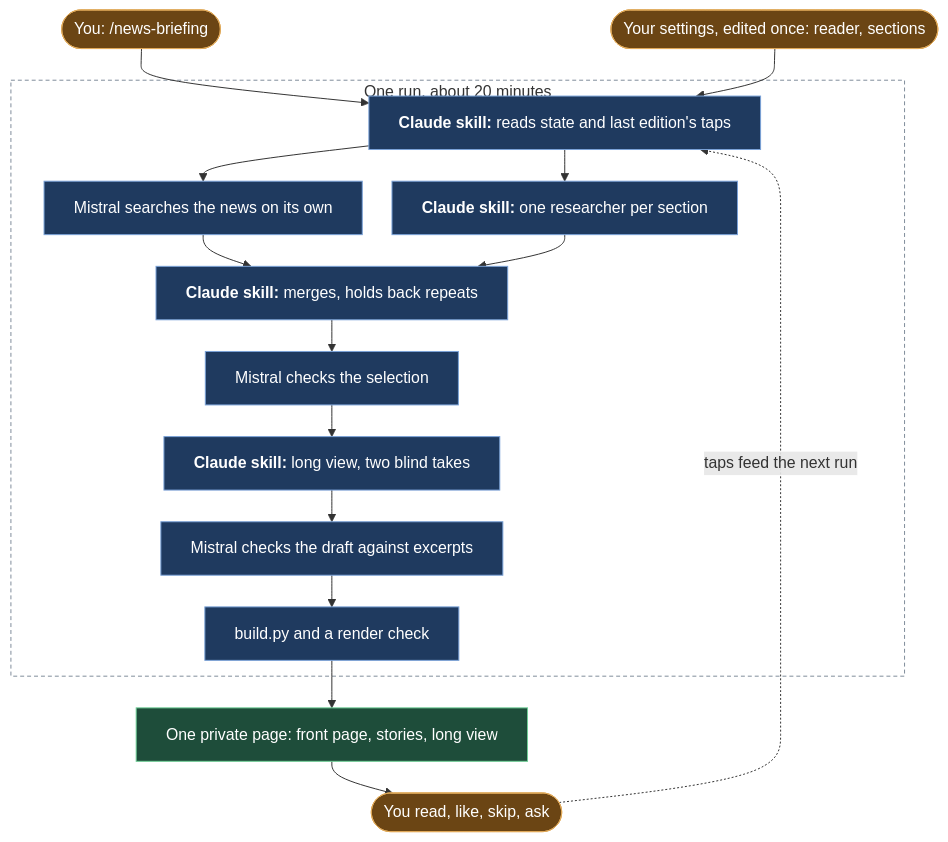
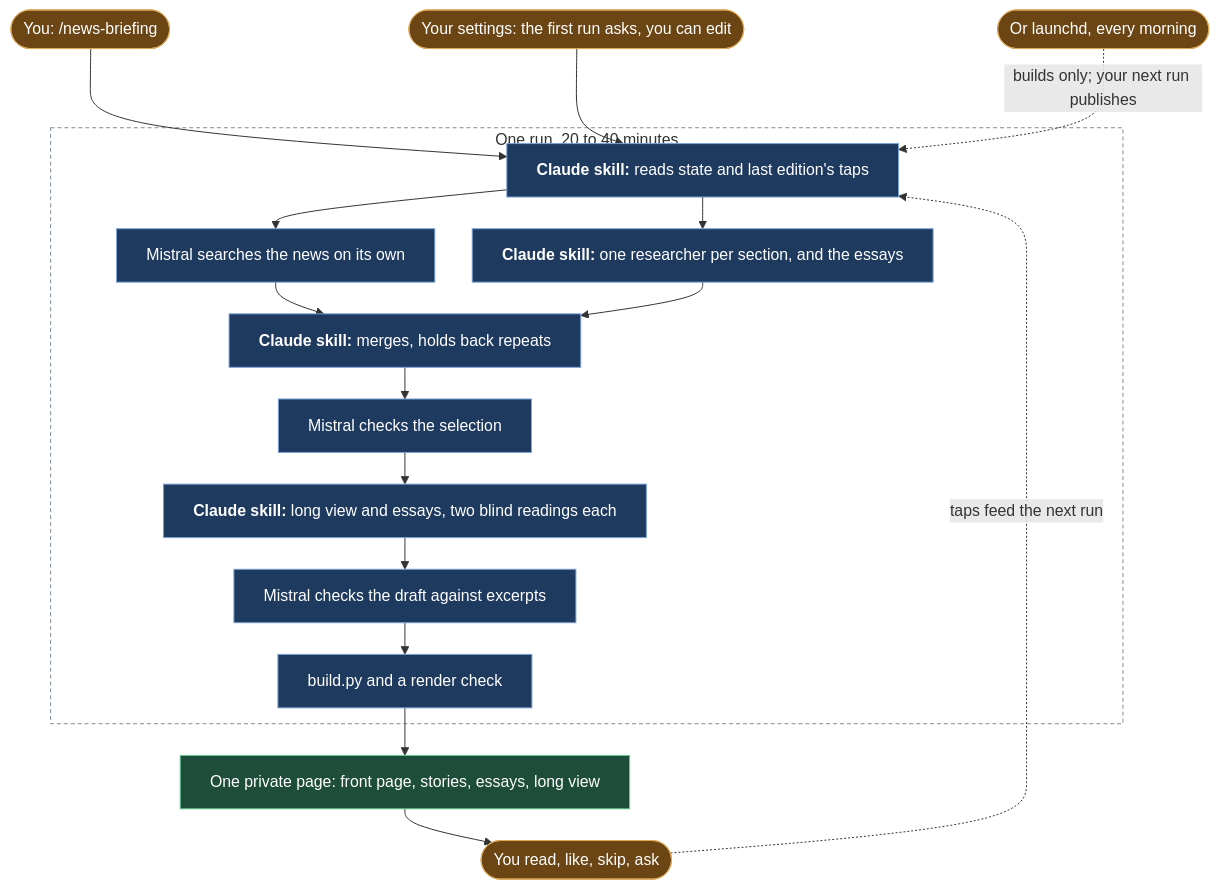
The diagram in README.md (nunomnferreirapt/news-briefing-skill), drawn with Mermaid before and after one commit. The commit also changed other lines of this file and 27 other files, not shown here.

Commit message:
Catch up with the private briefing for a first-time Mac user: setup on first run, Worth reading, optional job search, nightly launchd run that builds and a publish step, any second model through second.sh, so-what first and an image on every story

````diff
--- a/README.md
+++ b/README.md
@@ -17,28 +18,30 @@
 ```mermaid
 %%{init: {"flowchart": {"wrappingWidth": 600, "nodeSpacing": 30, "rankSpacing": 32}}}%%
 flowchart TB
     Q(["You: /news-briefing"]):::human
-    S(["Your settings, edited once: reader, sections"]):::human
-    subgraph RUN["One run, about 20 minutes"]
+    S(["Your settings: the first run asks, you can edit"]):::human
+    N(["Or launchd, every morning"]):::human
+    subgraph RUN["One run, 20 to 40 minutes"]
         R0["`**Claude skill:** reads state and last edition's taps`"]:::sys
         SC["Mistral searches the news on its own"]:::sys
-        RS["`**Claude skill:** one researcher per section`"]:::sys
+        RS["`**Claude skill:** one researcher per section, and the essays`"]:::sys
         MG["`**Claude skill:** merges, holds back repeats`"]:::sys
         SEL["Mistral checks the selection"]:::sys
-        LV["`**Claude skill:** long view, two blind takes`"]:::sys
+        LV["`**Claude skill:** long view and essays, two blind readings each`"]:::sys
         DC["Mistral checks the draft against excerpts"]:::sys
         B["build.py and a render check"]:::sys
         R0 --> SC & RS
         SC & RS --> MG --> SEL --> LV --> DC --> B
     end
     Q --> R0
     S --> R0
-    B --> P["One private page: front page, stories, long view"]:::out
+    N -. "builds only; your next run publishes" .-> R0
+    B --> P["One private page: front page, stories, essays, long view"]:::out
     P --> T(["You read, like, skip, ask"]):::human
     T -. "taps feed the next run" .-> R0
 
     classDef sys fill:#1f3a5f,stroke:#7aa2d8,color:#ffffff
     classDef human fill:#6b4514,stroke:#e0a95a,color:#ffffff
     classDef out fill:#1e4d3a,stroke:#6fcf97,color:#ffffff
     style RUN fill:transparent,stroke:#7f8c9a,stroke-dasharray:4 3
 ```
````
